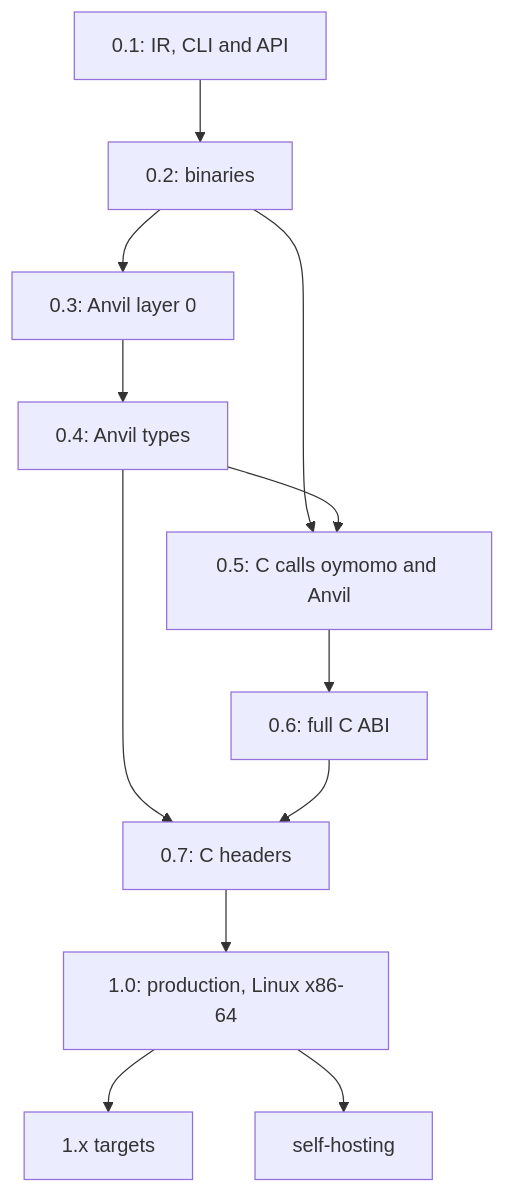
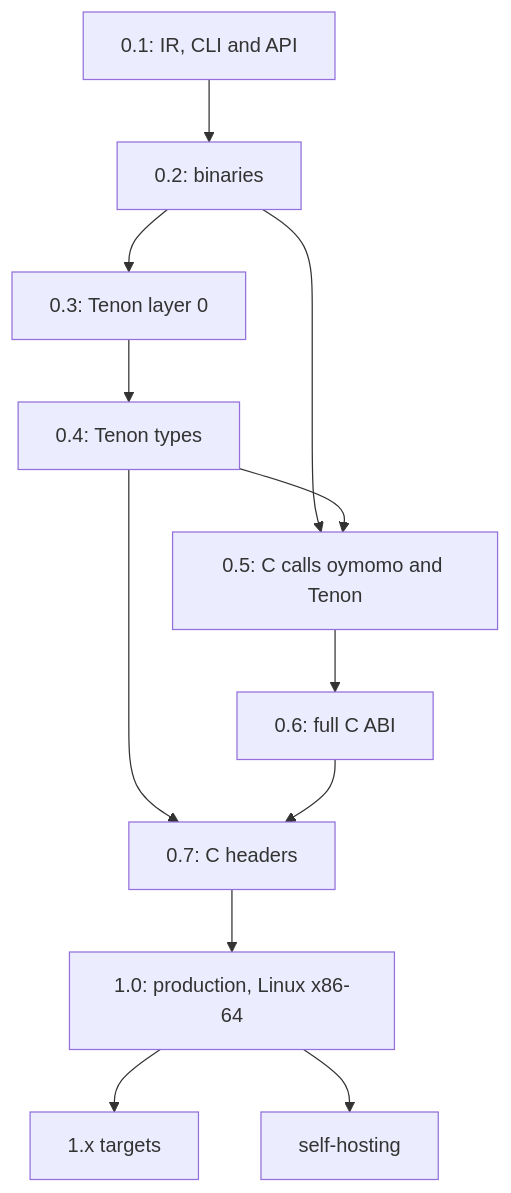
Before and after one commit to tapl-org/tapl: the second of 2 diagrams in oymo/docs/roadmap.md, drawn with Mermaid. The commit also changed other lines of this file and 5 other files, not shown here.

Commit message:
docs: rename language Anvil to Tenon across documentation and roadmaps

````diff
--- a/oymo/docs/roadmap.md
+++ b/oymo/docs/roadmap.md
@@ -322,14 +322,14 @@
 ```mermaid
 flowchart TD
   v01["0.1: IR, CLI and API"] --> v02["0.2: binaries"]
-  v02 --> v03["0.3: Anvil layer 0"]
-  v03 --> v04["0.4: Anvil types"]
-  v02 --> v05["0.5: C calls oymomo and Anvil"]
+  v02 --> v03["0.3: Tenon layer 0"]
+  v03 --> v04["0.4: Tenon types"]
+  v02 --> v05["0.5: C calls oymomo and Tenon"]
   v04 --> v05
   v05 --> v06["0.6: full C ABI"]
   v04 --> v07["0.7: C headers"]
   v06 --> v07
   v07 --> v10["1.0: production, Linux x86-64"]
   v10 --> X["1.x targets"]
   v10 --> S["self-hosting"]
 ```
````
